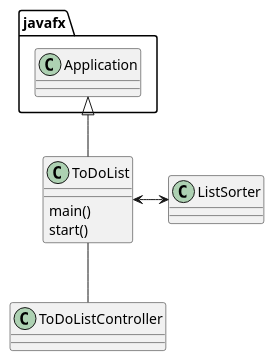
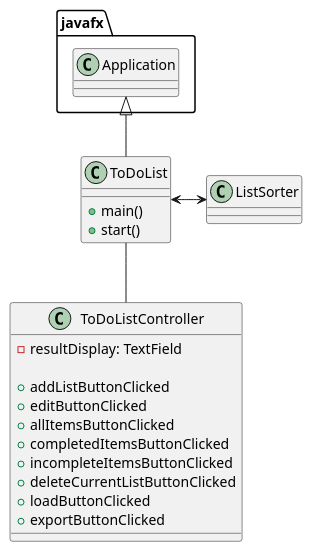
One commit to cepedaj0601/cepeda-cop3330-assignment4 changed the diagram in uml/To Do List.puml. Above: the diagram before and after it, drawn with PlantUML. The commit also changed 4 other files, not shown here.

```diff
--- a/uml/To Do List.puml
+++ b/uml/To Do List.puml
@@ -1,22 +1,31 @@
 @startuml
 'https://plantuml.com/class-diagram
 
 class ToDoList{
-    main()
-    start()
+    + main()
+    + start()
 }
 
 class ToDoListController{
+    - resultDisplay: TextField
 
+    + addListButtonClicked
+    + editButtonClicked
+    + allItemsButtonClicked
+    + completedItemsButtonClicked
+    + incompleteItemsButtonClicked
+    + deleteCurrentListButtonClicked
+    + loadButtonClicked
+    + exportButtonClicked
 }
 
 class ListSorter {
 
 }
 
 javafx.Application <|-- ToDoList
 
 ToDoList <-> ListSorter
 ToDoList -- ToDoListController
 
 @enduml
```
